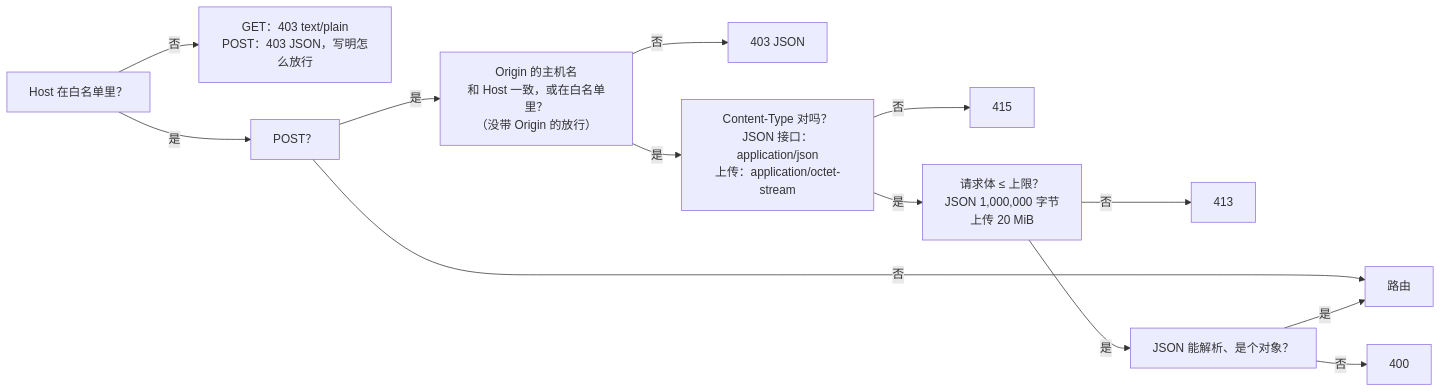
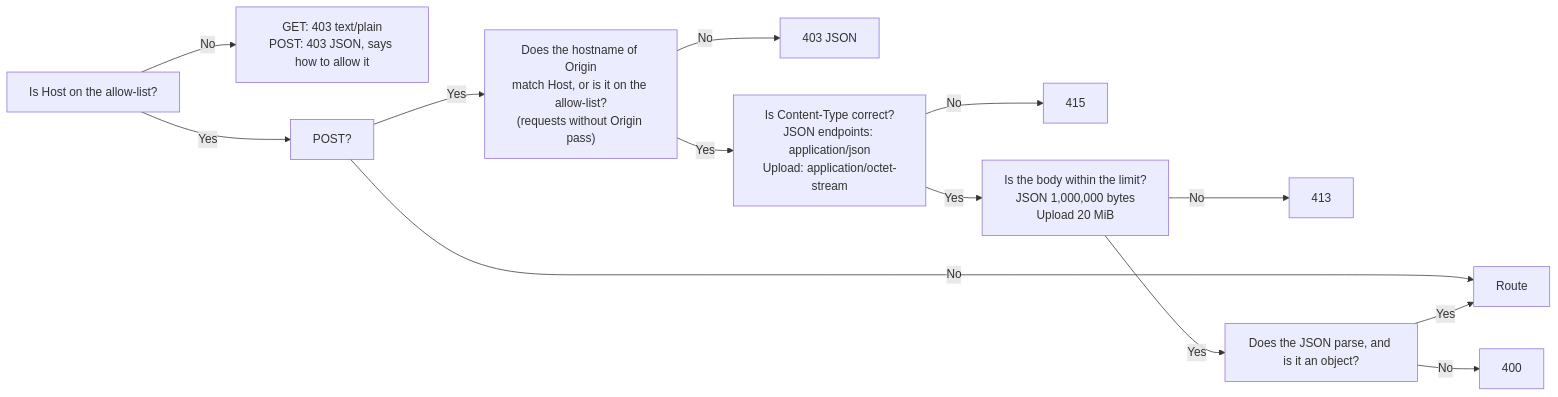
The diagram in docs/api.md (Yumin-Space/xexam), drawn with Mermaid before and after one commit. The commit also changed other lines of this file and 127 other files, not shown here.

````diff
--- a/docs/api.md
+++ b/docs/api.md
@@ -35,15 +37,15 @@
 ```mermaid
 flowchart LR
-    A["Host 在白名单里？"] -->|否| X1["GET：403 text/plain<br/>POST：403 JSON，写明怎么放行"]
-    A -->|是| B["POST？"]
-    B -->|否| R["路由"]
-    B -->|是| C["Origin 的主机名<br/>和 Host 一致，或在白名单里？<br/>（没带 Origin 的放行）"]
-    C -->|否| X2["403 JSON"]
-    C -->|是| D["Content-Type 对吗？<br/>JSON 接口：application/json<br/>上传：application/octet-stream"]
-    D -->|否| X3["415"]
-    D -->|是| E["请求体 ≤ 上限？<br/>JSON 1,000,000 字节<br/>上传 20 MiB"]
-    E -->|否| X4["413"]
-    E -->|是| F["JSON 能解析、是个对象？"]
-    F -->|否| X5["400"]
-    F -->|是| R
+    A["Is Host on the allow-list?"] -->|No| X1["GET: 403 text/plain<br/>POST: 403 JSON, says how to allow it"]
+    A -->|Yes| B["POST?"]
+    B -->|No| R["Route"]
+    B -->|Yes| C["Does the hostname of Origin<br/>match Host, or is it on the allow-list?<br/>(requests without Origin pass)"]
+    C -->|No| X2["403 JSON"]
+    C -->|Yes| D["Is Content-Type correct?<br/>JSON endpoints: application/json<br/>Upload: application/octet-stream"]
+    D -->|No| X3["415"]
+    D -->|Yes| E["Is the body within the limit?<br/>JSON 1,000,000 bytes<br/>Upload 20 MiB"]
+    E -->|No| X4["413"]
+    E -->|Yes| F["Does the JSON parse, and is it an object?"]
+    F -->|No| X5["400"]
+    F -->|Yes| R
 ```
````
